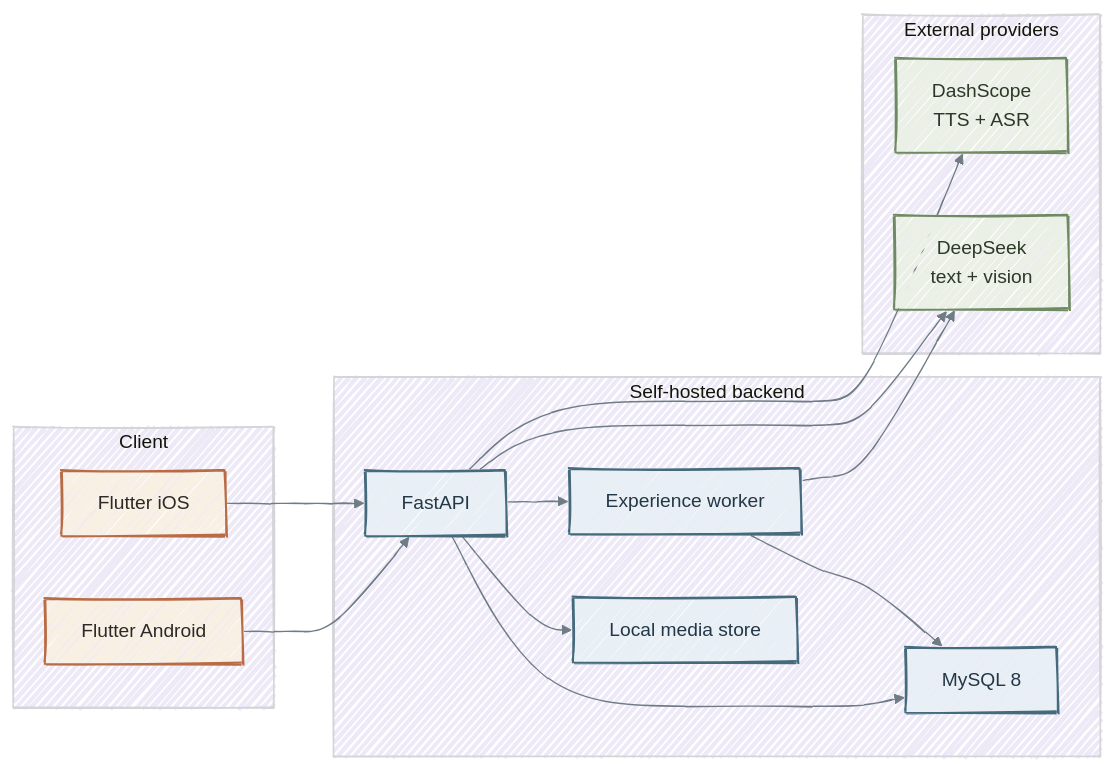
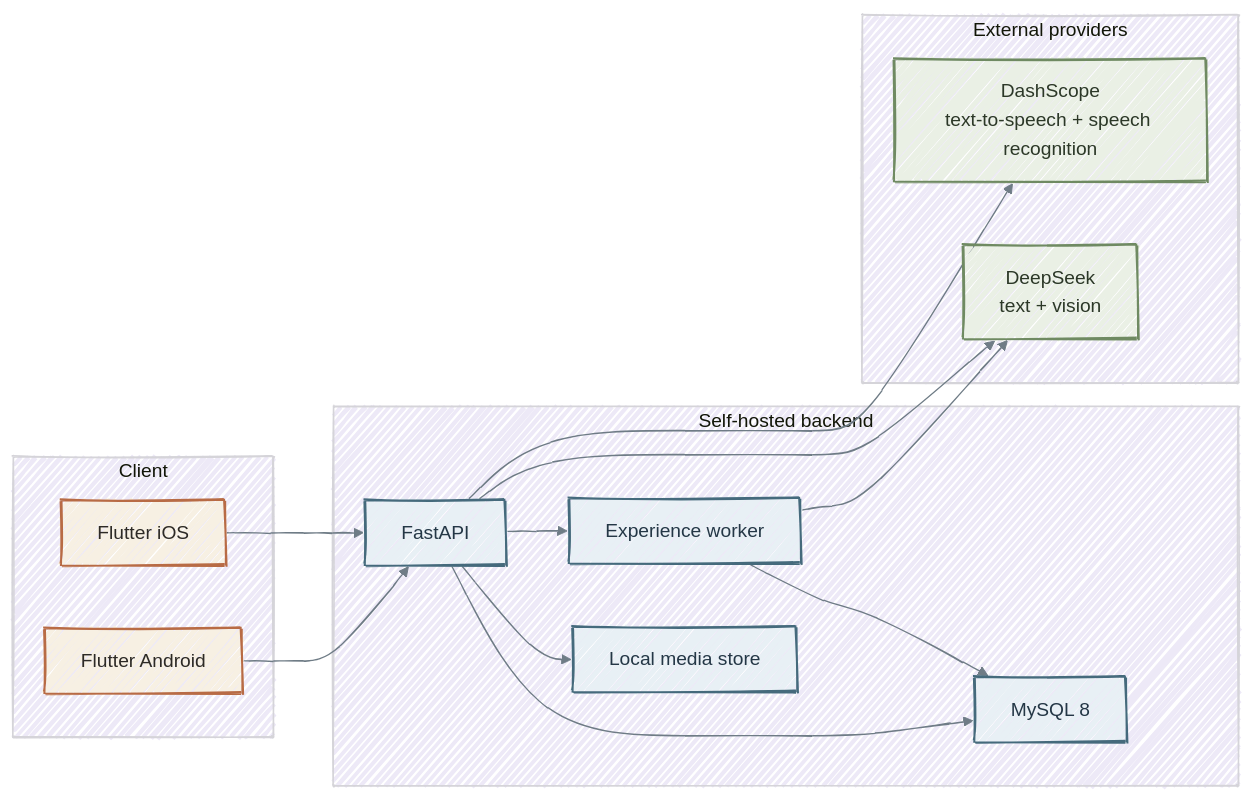
The fourth of 4 diagrams in README.md (ZhangPeibin/Named), drawn with Mermaid before and after one commit. The commit also changed other lines of this file, not shown here.

````diff
--- a/README.md
+++ b/README.md
@@ -259,50 +259,50 @@
 ```mermaid
 %%{init: {
   "theme": "base",
   "look": "handDrawn",
   "themeVariables": {
     "background": "#FBF8F2",
     "primaryColor": "#F7F0E3",
     "primaryTextColor": "#2D2A26",
     "primaryBorderColor": "#B86B45",
     "lineColor": "#6F7C86",
     "secondaryColor": "#E8F0F5",
     "tertiaryColor": "#EDE9F7",
     "fontFamily": "ui-rounded, Trebuchet MS, sans-serif"
   }
 }}%%
 flowchart LR
     subgraph Client["Client"]
         IOS["Flutter iOS"]
         Android["Flutter Android"]
     end
 
     subgraph Server["Self-hosted backend"]
         API["FastAPI"]
         Worker["Experience worker"]
         MySQL["MySQL 8"]
         Media["Local media store"]
     end
 
     subgraph Providers["External providers"]
         DeepSeek["DeepSeek<br/>text + vision"]
-        DashScope["DashScope<br/>TTS + ASR"]
+        DashScope["DashScope<br/>text-to-speech + speech recognition"]
     end
 
     IOS --> API
     Android --> API
     API --> MySQL
     API --> Media
     API --> Worker
     API --> DeepSeek
     API --> DashScope
     Worker --> MySQL
     Worker --> DeepSeek
 
     classDef warm fill:#F7F0E3,stroke:#B86B45,stroke-width:1.7px,color:#2D2A26
     classDef blue fill:#E8F0F5,stroke:#456A7C,stroke-width:1.7px,color:#243746
     classDef sage fill:#EAF0E5,stroke:#6F8A62,stroke-width:1.7px,color:#2C3828
     class IOS,Android warm
     class API,Worker,MySQL,Media blue
     class DeepSeek,DashScope sage
 ```
````
